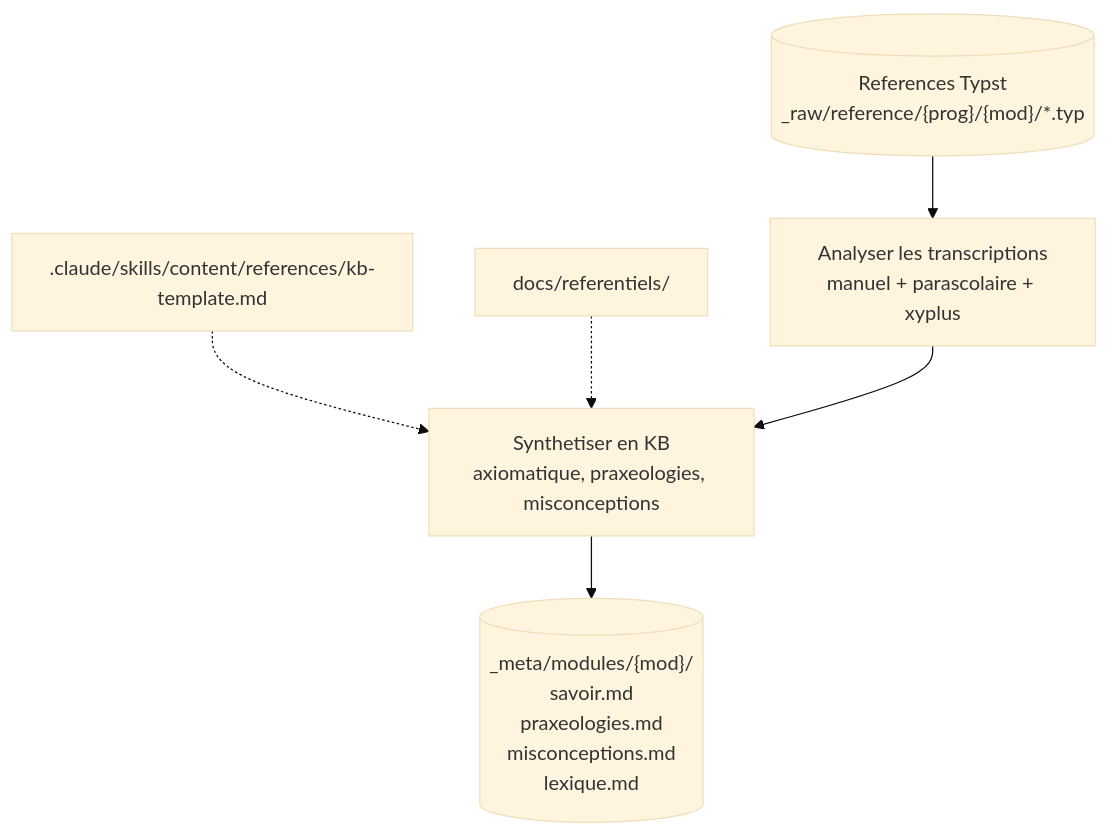
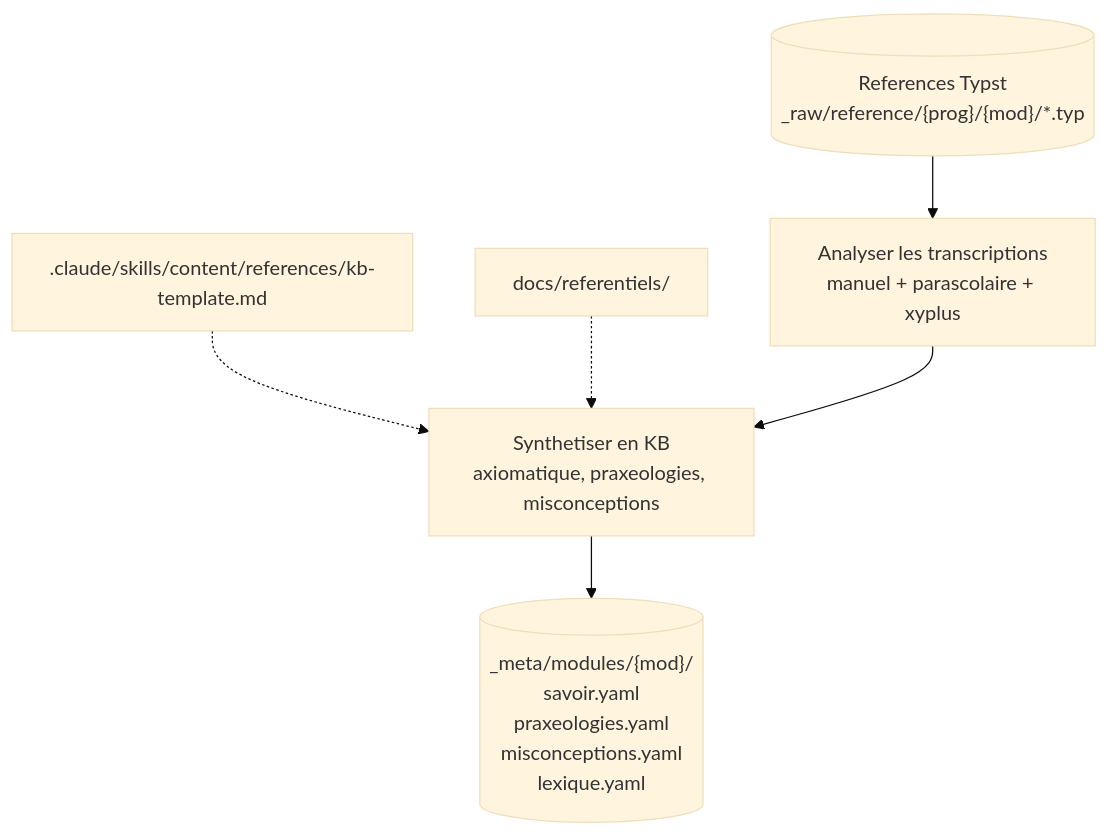
The third of 8 diagrams in docs/content-agentic-workflow.md (bilalYezzaGit/learning-web), drawn with Mermaid (base theme) before and after one commit. The commit also changed other lines of this file and 51 other files, not shown here.

First line of the commit message:
Aligner skills et docs sur _meta YAML + regenerer continuite (test non-regression)

````diff
--- a/docs/content-agentic-workflow.md
+++ b/docs/content-agentic-workflow.md
@@ -121,8 +122,8 @@
 ```mermaid
 flowchart TD
     TYPST[("References Typst\n_raw/reference/{prog}/{mod}/*.typ")] --> Analyse["Analyser les transcriptions\nmanuel + parascolaire + xyplus"]
     TPL[".claude/skills/content/references/kb-template.md"] -.-> Synth
     REF["docs/referentiels/"] -.-> Synth
     Analyse --> Synth["Synthetiser en KB\naxiomatique, praxeologies, misconceptions"]
-    Synth --> Meta[("_meta/modules/{mod}/\nsavoir.md\npraxeologies.md\nmisconceptions.md\nlexique.md")]
+    Synth --> Meta[("_meta/modules/{mod}/\nsavoir.yaml\npraxeologies.yaml\nmisconceptions.yaml\nlexique.yaml")]
 ```
````
